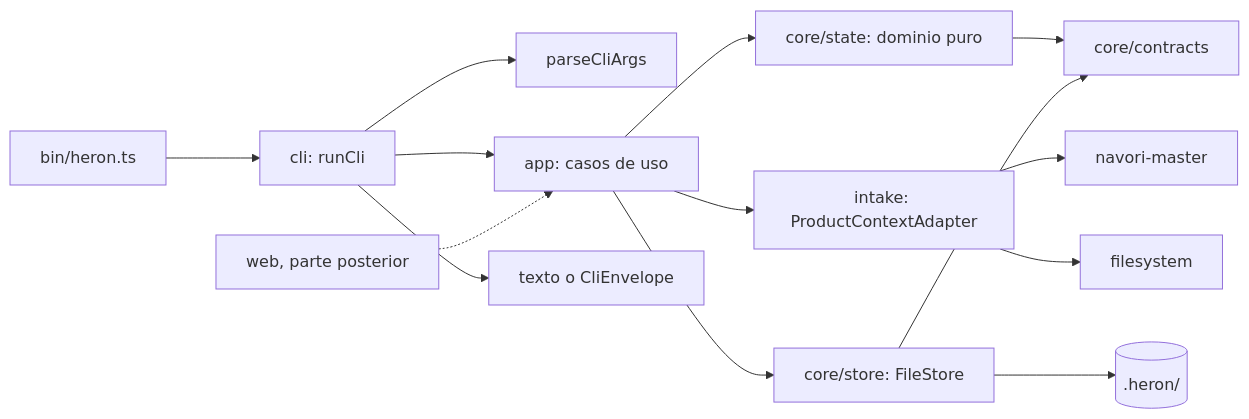
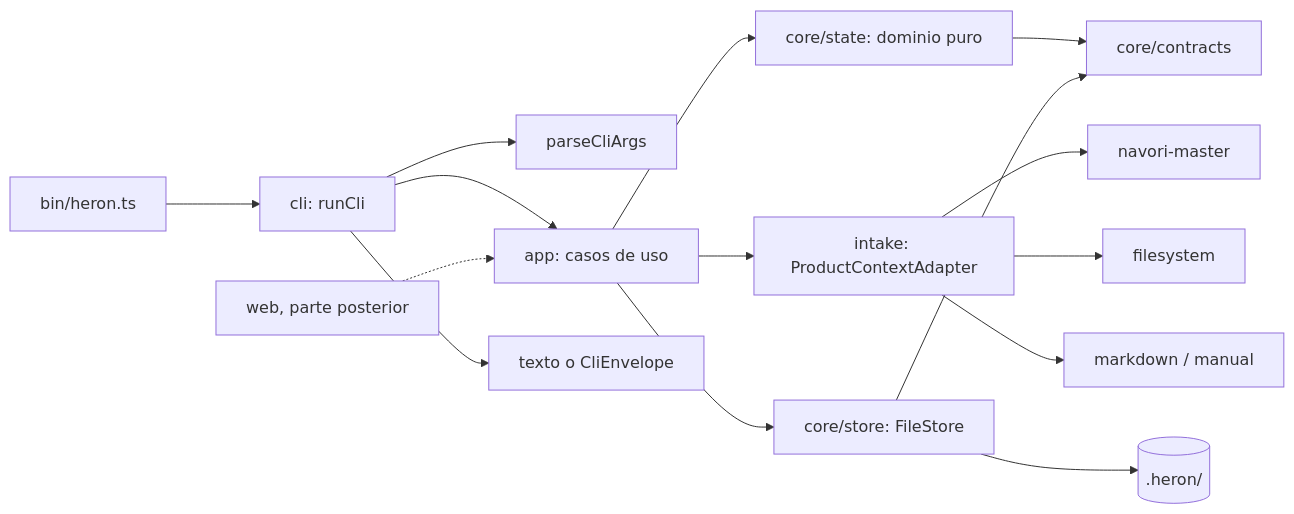
One commit to UlisesCm/navori-heron changed the diagram in docs/architecture.md. Above: the diagram before and after it, drawn with Mermaid. The commit also changed other lines of this file and 8 other files, not shown here.

````diff
--- a/docs/architecture.md
+++ b/docs/architecture.md
@@ -32,16 +32,17 @@
 ```mermaid
 flowchart LR
   BIN[bin/heron.ts] --> CLI[cli: runCli]
   CLI --> ARGS[parseCliArgs]
   CLI --> UC[app: casos de uso]
   WEB[web, parte posterior] -.-> UC
   UC --> ST[core/state: dominio puro]
   UC --> IN[intake: ProductContextAdapter]
   UC --> FS[core/store: FileStore]
   ST --> CT[core/contracts]
   FS --> CT
   IN --> NM[navori-master]
   IN --> FA[filesystem]
+  IN --> MD[markdown / manual]
   FS --> H[(.heron/)]
   CLI --> ENV[texto o CliEnvelope]
 ```
````
